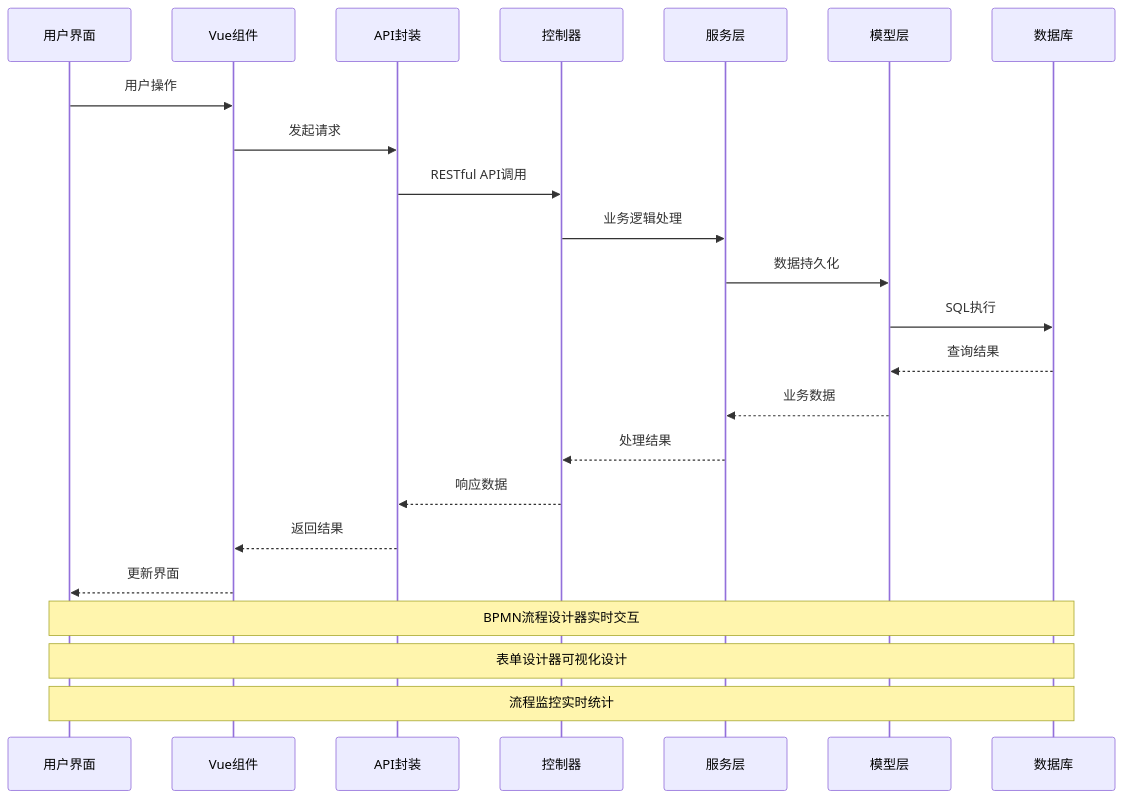
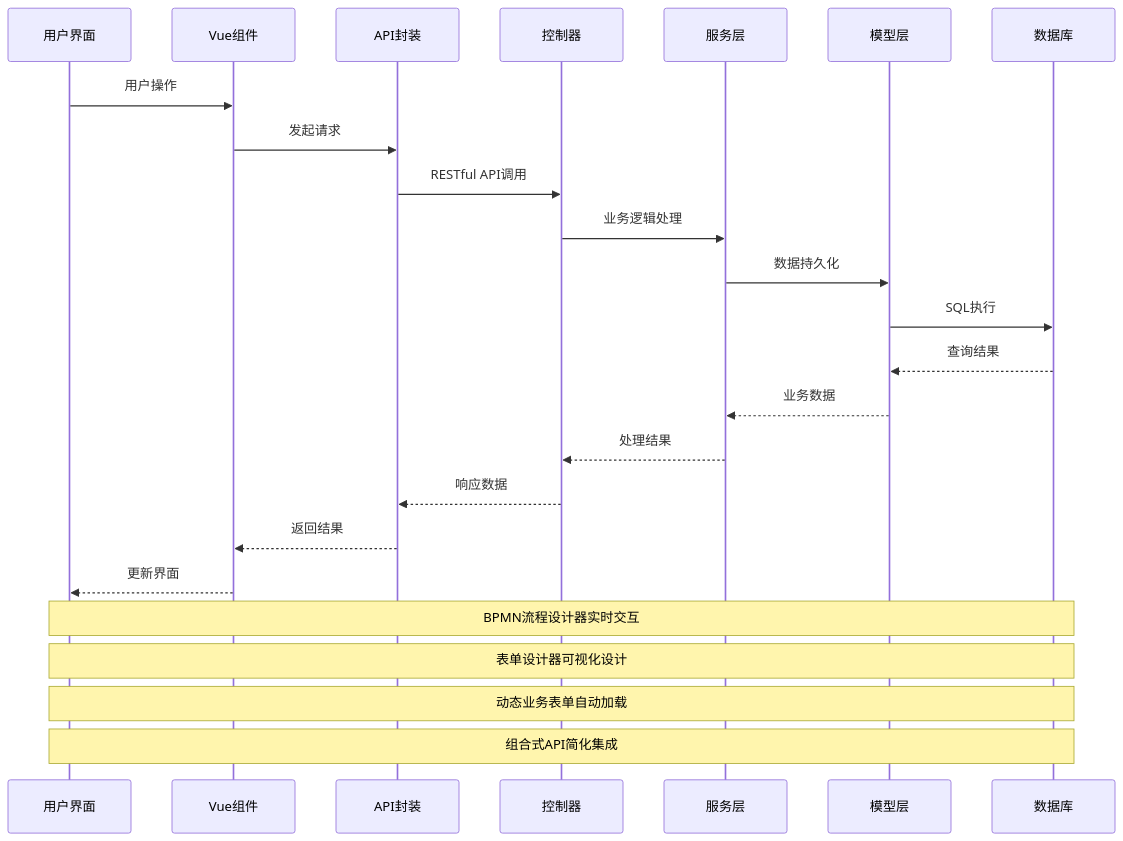
Before and after one commit to yaomindong1996/forge-admin: the second of 11 diagrams in .qoder/repowiki/zh/content/前端框架详解/前端工作流组件.md, drawn with Mermaid. The commit also changed other lines of this file and 76 other files, not shown here.

````diff
--- a/.qoder/repowiki/zh/content/前端框架详解/前端工作流组件.md
+++ b/.qoder/repowiki/zh/content/前端框架详解/前端工作流组件.md
@@ -198,25 +231,26 @@
 ```mermaid
 sequenceDiagram
 participant U as 用户界面
 participant V as Vue组件
 participant A as API封装
 participant C as 控制器
 participant S as 服务层
 participant M as 模型层
 participant DB as 数据库
 U->>V : 用户操作
 V->>A : 发起请求
 A->>C : RESTful API调用
 C->>S : 业务逻辑处理
 S->>M : 数据持久化
 M->>DB : SQL执行
 DB-->>M : 查询结果
 M-->>S : 业务数据
 S-->>C : 处理结果
 C-->>A : 响应数据
 A-->>V : 返回结果
 V-->>U : 更新界面
 Note over U,DB : BPMN流程设计器实时交互
 Note over U,DB : 表单设计器可视化设计
-Note over U,DB : 流程监控实时统计
+Note over U,DB : 动态业务表单自动加载
+Note over U,DB : 组合式API简化集成
 ```
````
